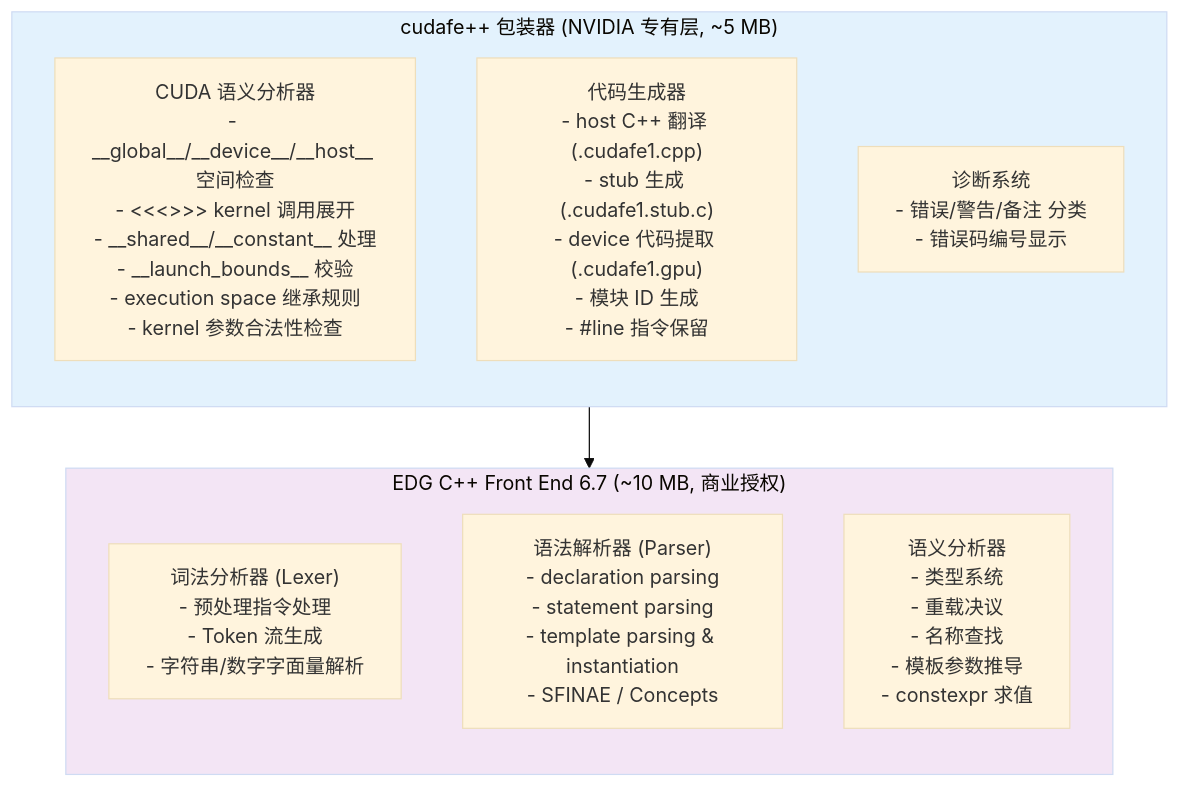
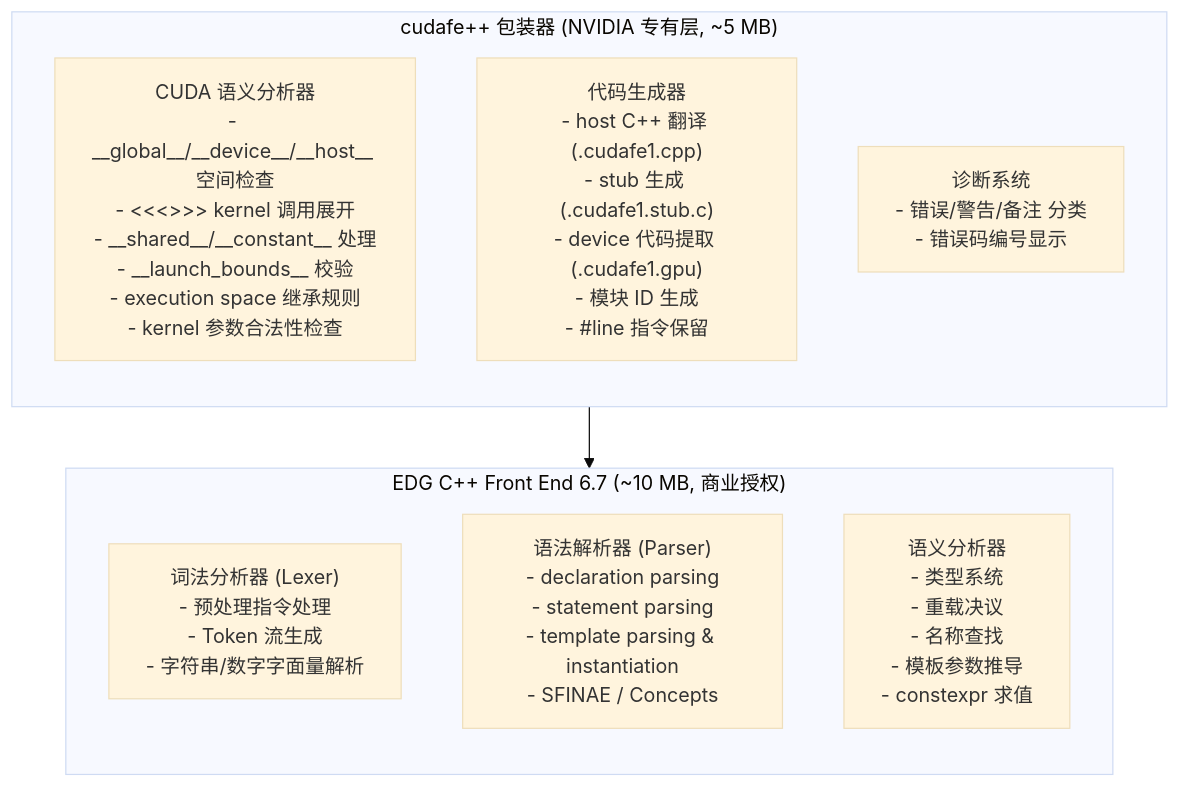
The diagram in source/_static/cudafe_architecture.mmd (noisystreet/deep_dive_into_cuda), drawn with Mermaid (base theme) before and after one commit. The commit also changed 26 other files, not shown here.

First line of the commit message:
Mermaid 图统一黑白样式：去除节点彩色色块

```diff
--- a/source/_static/cudafe_architecture.mmd
+++ b/source/_static/cudafe_architecture.mmd
@@ -1,16 +1,14 @@
 flowchart TB
     subgraph CUDAFE_WRAPPER["cudafe++ 包装器 (NVIDIA 专有层, ~5 MB)"]
         direction TB
         SUB1["CUDA 语义分析器<br/>- __global__/__device__/__host__ 空间检查<br/>- <<<>>> kernel 调用展开<br/>- __shared__/__constant__ 处理<br/>- __launch_bounds__ 校验<br/>- execution space 继承规则<br/>- kernel 参数合法性检查"]
         SUB2["代码生成器<br/>- host C++ 翻译 (.cudafe1.cpp)<br/>- stub 生成 (.cudafe1.stub.c)<br/>- device 代码提取 (.cudafe1.gpu)<br/>- 模块 ID 生成<br/>- #line 指令保留"]
         SUB3["诊断系统<br/>- 错误/警告/备注 分类<br/>- 错误码编号显示"]
     end
     subgraph EDG["EDG C++ Front End 6.7 (~10 MB, 商业授权)"]
         direction TB
         EDG_L["词法分析器 (Lexer)<br/>- 预处理指令处理<br/>- Token 流生成<br/>- 字符串/数字字面量解析"]
         EDG_P["语法解析器 (Parser)<br/>- declaration parsing<br/>- statement parsing<br/>- template parsing & instantiation<br/>- SFINAE / Concepts"]
         EDG_S["语义分析器<br/>- 类型系统<br/>- 重载决议<br/>- 名称查找<br/>- 模板参数推导<br/>- constexpr 求值"]
     end
     CUDAFE_WRAPPER --> EDG
-    style CUDAFE_WRAPPER fill:#e3f2fd
-    style EDG fill:#f3e5f5
```
